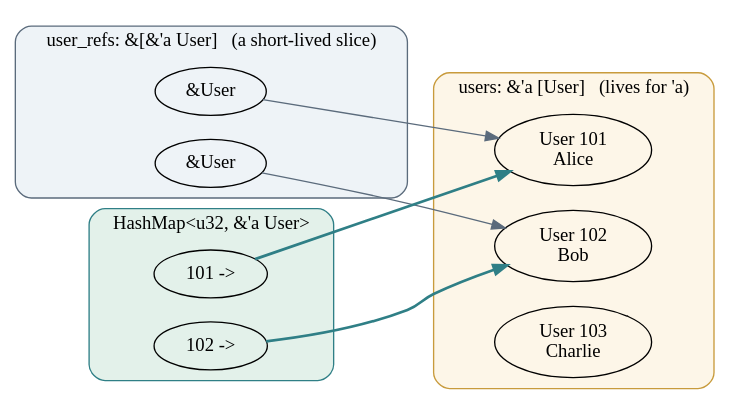
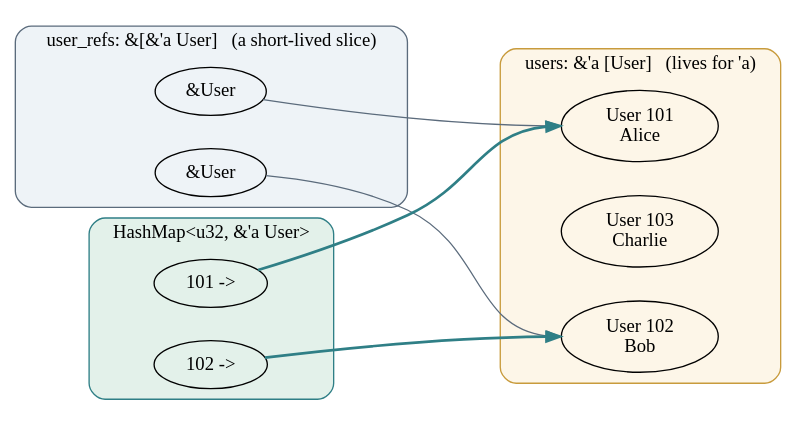
One commit to arpanpathak/cracking-the-systems-programming-interview changed the diagram in cracking-the-systems-programming-interview/diagrams/ch01-lifetimes.dot. Above: the diagram before and after it, drawn with Graphviz. The commit also changed 30 other files, not shown here.

```diff
--- a/cracking-the-systems-programming-interview/diagrams/ch01-lifetimes.dot
+++ b/cracking-the-systems-programming-interview/diagrams/ch01-lifetimes.dot
@@ -1,18 +1,19 @@
 digraph lifetimes {
-  rankdir=LR;
-  compound=true;
-  subgraph cluster_users {
-    label="users: &'a [User]   (lives for 'a)"; style="rounded,filled"; fillcolor="#fdf6e8"; color="#c89b3c"; fontname="Menlo";
-    u1 [label="User 101\nAlice"]; u2 [label="User 102\nBob"]; u3 [label="User 103\nCharlie"];
-  }
+  rankdir=LR; nodesep=0.35; ranksep=1.2;
   subgraph cluster_refs {
     label="user_refs: &[&'a User]   (a short-lived slice)"; style="rounded,filled"; fillcolor="#eef3f7"; color="#5b6b7c"; fontname="Menlo";
     r1 [label="&User"]; r2 [label="&User"];
   }
   subgraph cluster_map {
     label="HashMap<u32, &'a User>"; style="rounded,filled"; fillcolor="#e3f1ea"; color="#2f7f86"; fontname="Menlo";
     k1 [label="101 ->"]; k2 [label="102 ->"];
   }
-  r1 -> u1 [color="#5b6b7c"]; r2 -> u2 [color="#5b6b7c"];
-  k1 -> u1 [color="#2f7f86" penwidth=2]; k2 -> u2 [color="#2f7f86" penwidth=2];
+  subgraph cluster_users {
+    label="users: &'a [User]   (lives for 'a)"; style="rounded,filled"; fillcolor="#fdf6e8"; color="#c89b3c"; fontname="Menlo";
+    u1 [label="User 101\nAlice"]; u2 [label="User 102\nBob"]; u3 [label="User 103\nCharlie"];
+    { rank=same; u1; u2; u3; }
+    u1 -> u2 -> u3 [style=invis];
+  }
+  r1 -> u1:w [color="#5b6b7c"]; r2 -> u2:w [color="#5b6b7c"];
+  k1 -> u1:w [color="#2f7f86" penwidth=2]; k2 -> u2:w [color="#2f7f86" penwidth=2];
 }
```
